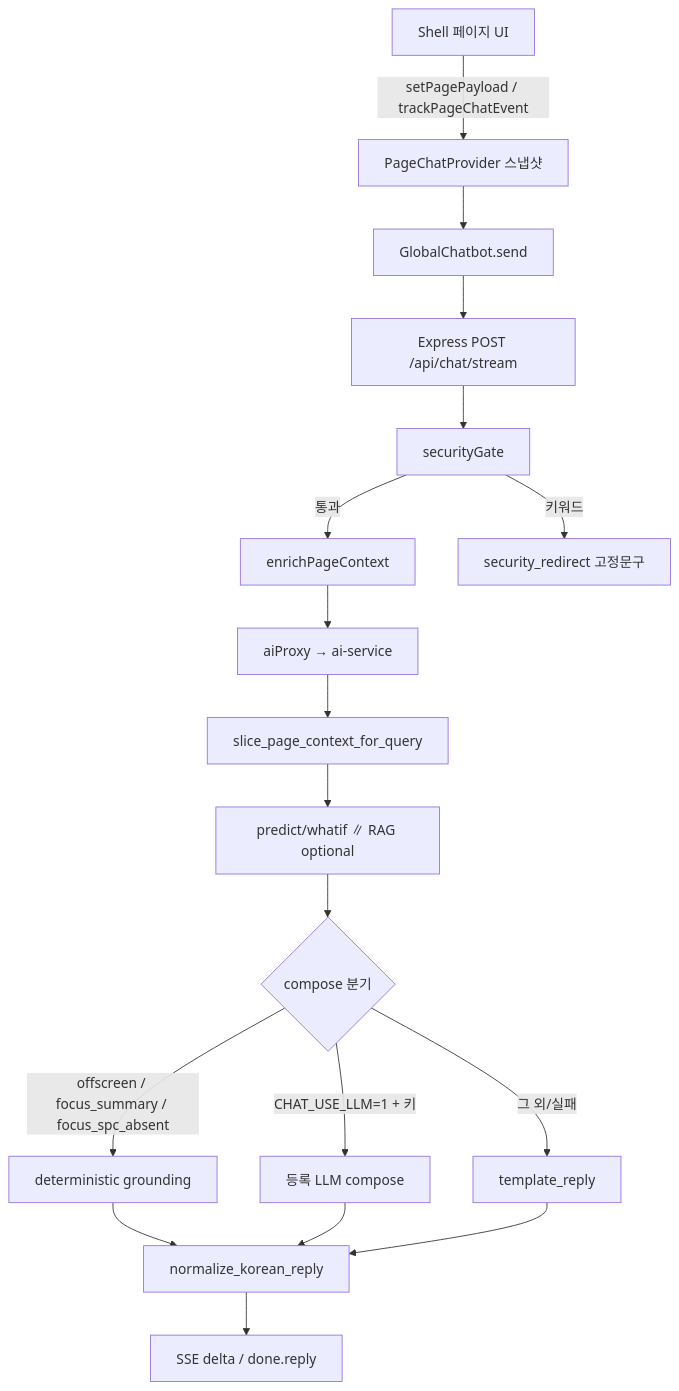
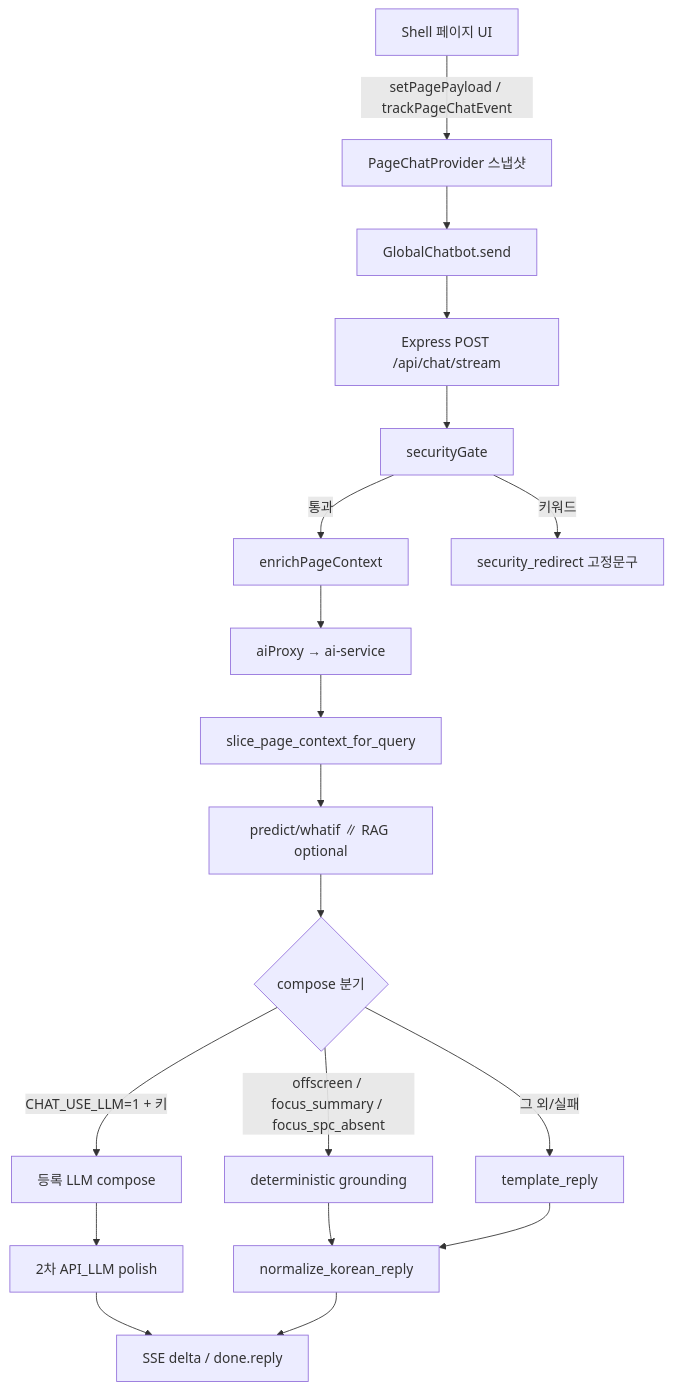
Before and after one commit to DohyupK/KDT-Project: the diagram in docs/references/general-chatbot-page-context.md, drawn with Mermaid. The commit also changed other lines of this file and 4 other files, not shown here.

````diff
--- a/docs/references/general-chatbot-page-context.md
+++ b/docs/references/general-chatbot-page-context.md
@@ -14,36 +14,38 @@
 ```mermaid
 flowchart TB
   page[Shell 페이지 UI]
   ctx[PageChatProvider 스냅샷]
   fe[GlobalChatbot.send]
   be[Express POST /api/chat/stream]
   gate[securityGate]
   enrich[enrichPageContext]
   proxy[aiProxy → ai-service]
   slice[slice_page_context_for_query]
   work[predict/whatif ∥ RAG optional]
   compose{compose 분기}
   det[deterministic grounding]
   llm[등록 LLM compose]
+  polish[2차 API_LLM polish]
   tmpl[template_reply]
   norm[normalize_korean_reply]
   sse[SSE delta / done.reply]
 
   page -->|setPagePayload / trackPageChatEvent| ctx
   ctx --> fe
   fe --> be
   be --> gate
   gate -->|키워드| redirect[security_redirect 고정문구]
   gate -->|통과| enrich
   enrich --> proxy
   proxy --> slice
   slice --> work
   work --> compose
   compose -->|offscreen / focus_summary / focus_spc_absent| det
   compose -->|CHAT_USE_LLM=1 + 키| llm
   compose -->|그 외/실패| tmpl
   det --> norm
-  llm --> norm
+  llm --> polish
+  polish --> sse
   tmpl --> norm
   norm --> sse
 ```
````
